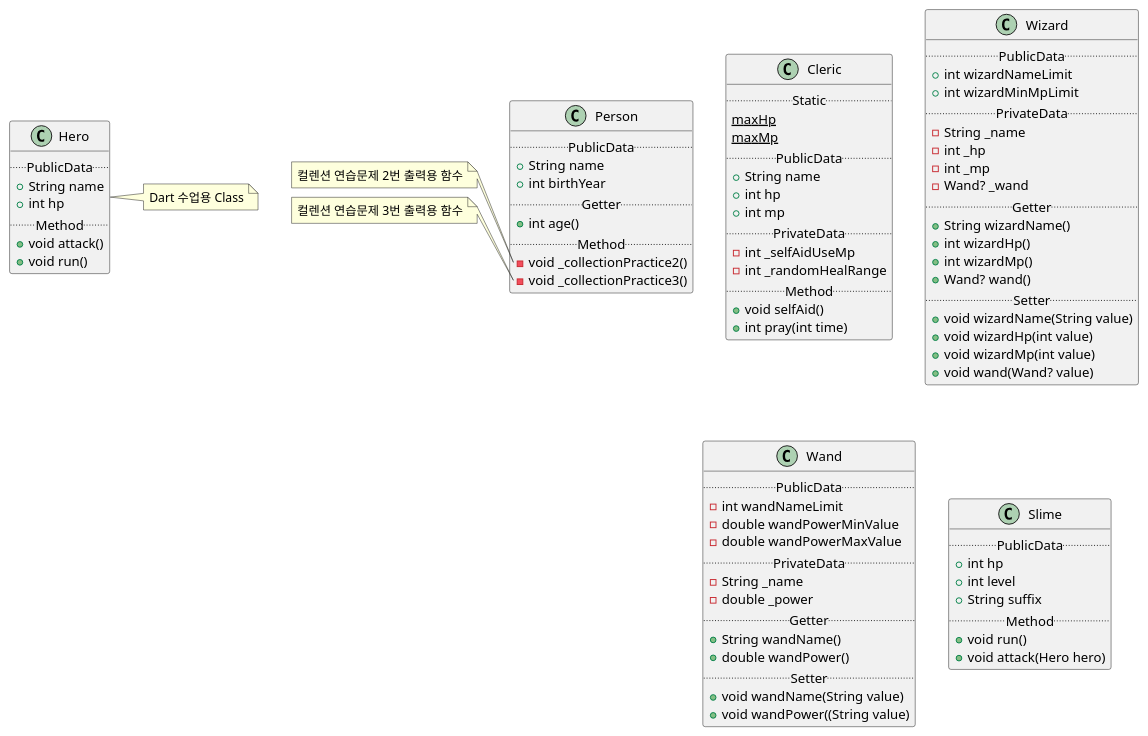
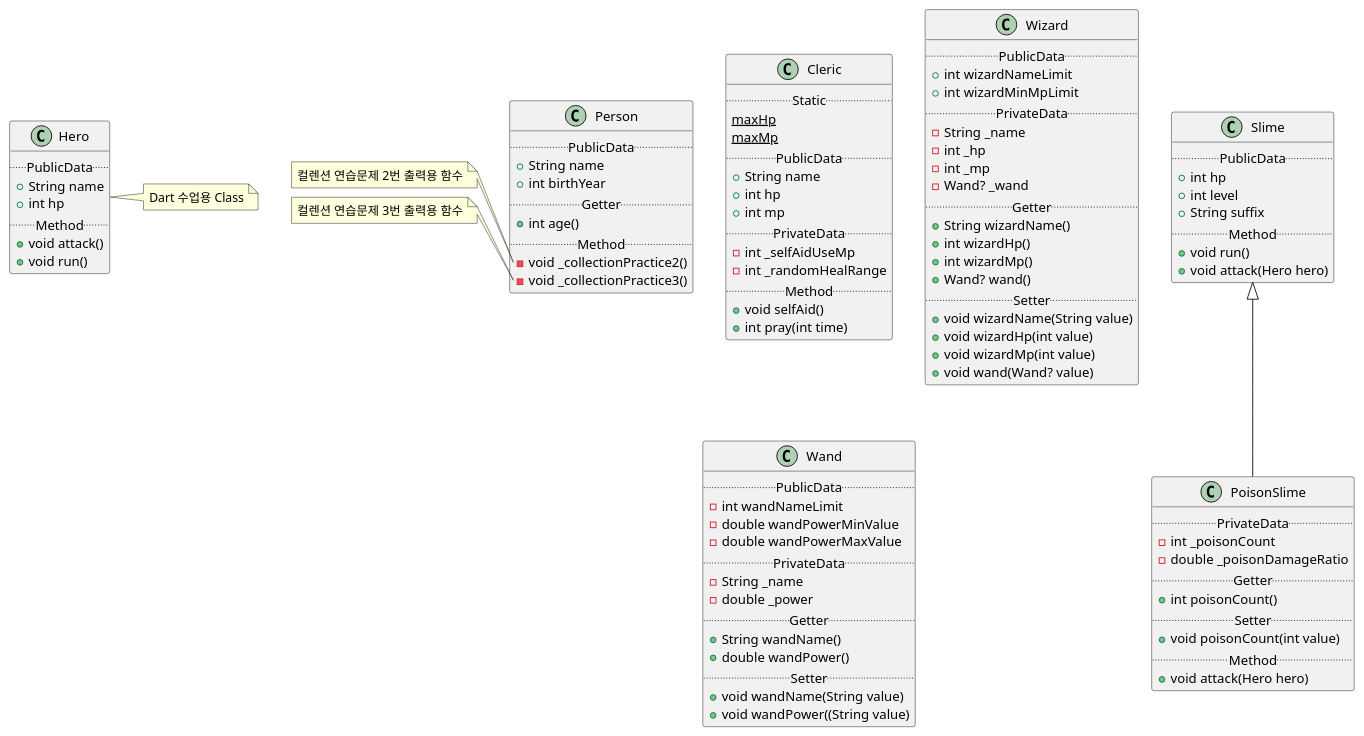
Before and after one commit to SurvivalCodingCampus/sesac7_dart_study: the diagram in lib/game.puml, drawn with PlantUML.

Commit message:
docs: game uml PoisonSlime Class 작성

```diff
--- a/lib/game.puml
+++ b/lib/game.puml
@@ -1,95 +1,107 @@
 @startuml
 scale 1
 class Cleric {
     ..Static..
     {static} maxHp
     {static} maxMp
     ..PublicData..
     +String name
     +int hp
     +int mp
     ..PrivateData..
     -int _selfAidUseMp
     -int _randomHealRange
     ..Method..
     +void selfAid()
     +int pray(int time)
 }
 
 class Hero {
     ..PublicData..
     +String name
     +int hp
     ..Method..
     +void attack()
     +void run()
 }
 
 class Wizard {
     ..PublicData..
     +int wizardNameLimit
     +int wizardMinMpLimit
     ..PrivateData..
     -String _name
     -int _hp
     -int _mp
     -Wand? _wand
     ..Getter..
     +String wizardName()
     +int wizardHp()
     +int wizardMp()
     +Wand? wand()
     ..Setter..
     +void wizardName(String value)
     +void wizardHp(int value)
     +void wizardMp(int value)
     +void wand(Wand? value)
 }
 
 class Wand {
     ..PublicData..
     -int wandNameLimit
     -double wandPowerMinValue
     -double wandPowerMaxValue
     ..PrivateData..
     -String _name
     -double _power
     ..Getter..
     +String wandName()
     +double wandPower()
     ..Setter..
     +void wandName(String value)
     +void wandPower((String value)
 }
 
 class Person {
     ..PublicData..
     +String name
     +int birthYear
     ..Getter..
     +int age()
     ..Method..
     -void _collectionPractice2()
     -void _collectionPractice3()
 }
 
 class Slime {
     ..PublicData..
     +int hp
     +int level
     +String suffix
     ..Method..
     +void run()
     +void attack(Hero hero)
 }
 
+class PoisonSlime extends Slime {
+    ..PrivateData..
+    -int _poisonCount
+    -double _poisonDamageRatio
+    ..Getter..
+    +int poisonCount()
+    ..Setter..
+    +void poisonCount(int value)
+    ..Method..
+    +void attack(Hero hero)
+}
+
 note right of Hero
     Dart 수업용 Class
 end note
 note left of Person::_collectionPractice2
     컬렌션 연습문제 2번 출력용 함수
 end note
 note left of Person::_collectionPractice3
     컬렌션 연습문제 3번 출력용 함수
 end note
 @enduml
```
